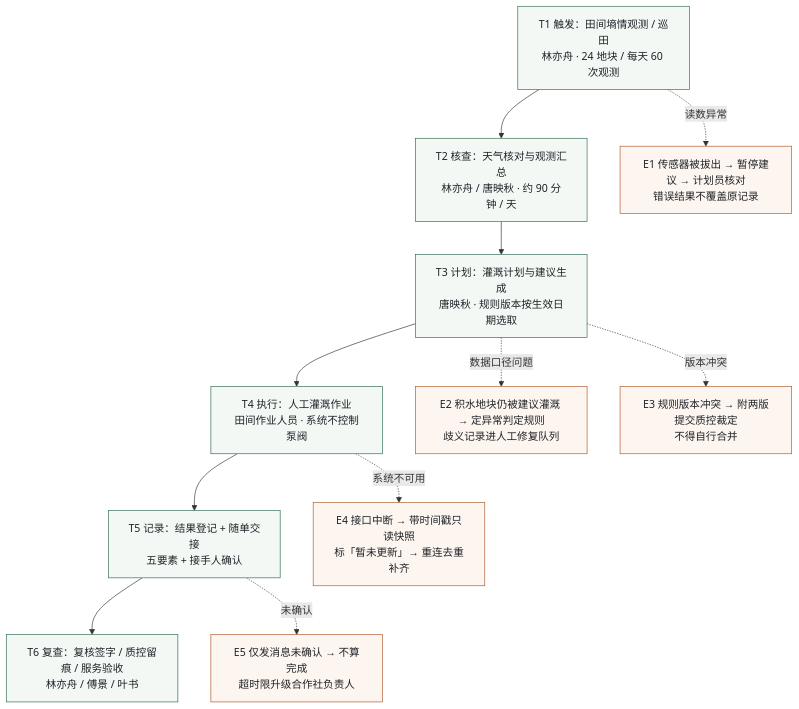
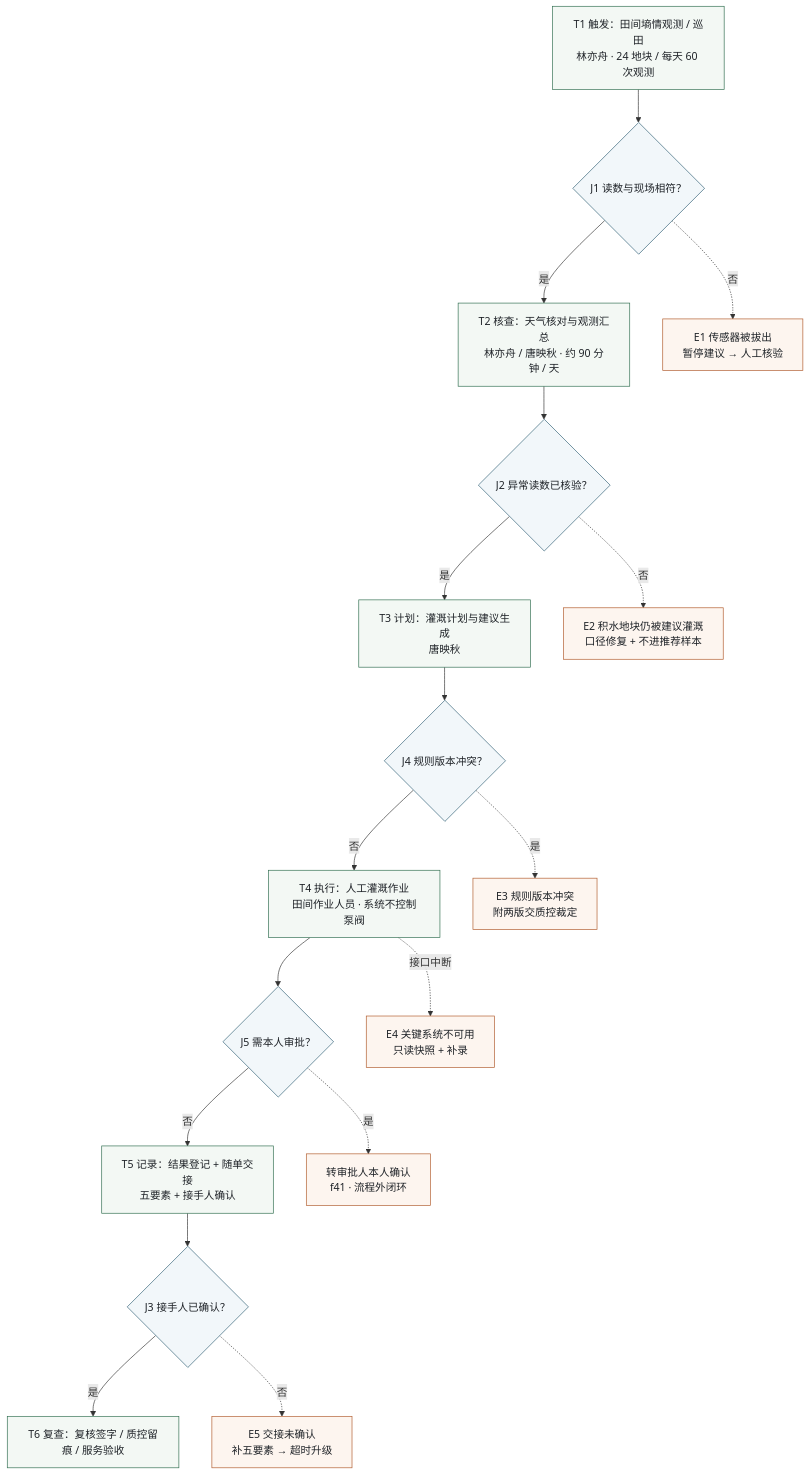
The diagram in planting/docs/05-现状流程图.md (DianaCheng817/DianaCheng), drawn with Mermaid before and after one commit. The commit also changed other lines of this file and 6 other files, not shown here.

Commit message:
现状流程图补充判断节点：J1–J5 菱形判定与是/否分支（含落点与证据）

````diff
--- a/planting/docs/05-现状流程图.md
+++ b/planting/docs/05-现状流程图.md
@@ -16,19 +43,38 @@
 ```mermaid
 flowchart TD
-    A["T1 触发：田间墒情观测 / 巡田<br/>林亦舟 · 24 地块 / 每天 60 次观测"] --> B["T2 核查：天气核对与观测汇总<br/>林亦舟 / 唐映秋 · 约 90 分钟 / 天"]
-    B --> C["T3 计划：灌溉计划与建议生成<br/>唐映秋 · 规则版本按生效日期选取"]
-    C --> D["T4 执行：人工灌溉作业<br/>田间作业人员 · 系统不控制泵阀"]
-    D --> E["T5 记录：结果登记 + 随单交接<br/>五要素 + 接手人确认"]
-    E --> F["T6 复查：复核签字 / 质控留痕 / 服务验收<br/>林亦舟 / 傅景 / 叶书"]
+    A["T1 触发：田间墒情观测 / 巡田<br/>林亦舟 · 24 地块 / 每天 60 次观测"]
+    D1{"J1 读数与现场相符？"}
+    B["T2 核查：天气核对与观测汇总<br/>林亦舟 / 唐映秋 · 约 90 分钟 / 天"]
+    D2{"J2 异常读数已核验？"}
+    C["T3 计划：灌溉计划与建议生成<br/>唐映秋"]
+    D3{"J4 规则版本冲突？"}
+    D4["T4 执行：人工灌溉作业<br/>田间作业人员 · 系统不控制泵阀"]
+    D5{"J5 需本人审批？"}
+    E["T5 记录：结果登记 + 随单交接<br/>五要素 + 接手人确认"]
+    D6{"J3 接手人已确认？"}
+    F["T6 复查：复核签字 / 质控留痕 / 服务验收"]
 
-    A -.->|读数异常| X1["E1 传感器被拔出 → 暂停建议 → 计划员核对<br/>错误结果不覆盖原记录"]
-    C -.->|数据口径问题| X2["E2 积水地块仍被建议灌溉 → 定异常判定规则<br/>歧义记录进人工修复队列"]
-    C -.->|版本冲突| X3["E3 规则版本冲突 → 附两版提交质控裁定<br/>不得自行合并"]
-    D -.->|系统不可用| X4["E4 接口中断 → 带时间戳只读快照<br/>标「暂未更新」→ 重连去重补齐"]
-    E -.->|未确认| X5["E5 仅发消息未确认 → 不算完成<br/>超时限升级合作社负责人"]
+    A --> D1
+    D1 -->|是| B
+    D1 -.->|否| X1["E1 传感器被拔出<br/>暂停建议 → 人工核验"]
+    B --> D2
+    D2 -->|是| C
+    D2 -.->|否| X2["E2 积水地块仍被建议灌溉<br/>口径修复 + 不进推荐样本"]
+    C --> D3
+    D3 -->|否| D4
+    D3 -.->|是| X3["E3 规则版本冲突<br/>附两版交质控裁定"]
+    D4 --> D5
+    D5 -->|否| E
+    D5 -.->|是| AP["转审批人本人确认<br/>f41 · 流程外闭环"]
+    E --> D6
+    D6 -->|是| F
+    D6 -.->|否| X5["E5 交接未确认<br/>补五要素 → 超时升级"]
+    D4 -.->|接口中断| X4["E4 关键系统不可用<br/>只读快照 + 补录"]
 
     classDef main fill:#f3f8f4,stroke:#2f6d4f,color:#1f2328;
+    classDef judge fill:#f2f7fa,stroke:#2f5e73,color:#1f2328;
     classDef exc fill:#fdf5ef,stroke:#b05a2b,color:#1f2328;
-    class A,B,C,D,E,F main;
-    class X1,X2,X3,X4,X5 exc;
+    class A,B,C,D4,E,F main;
+    class D1,D2,D3,D5,D6 judge;
+    class X1,X2,X3,X4,X5,AP exc;
 ```
````
